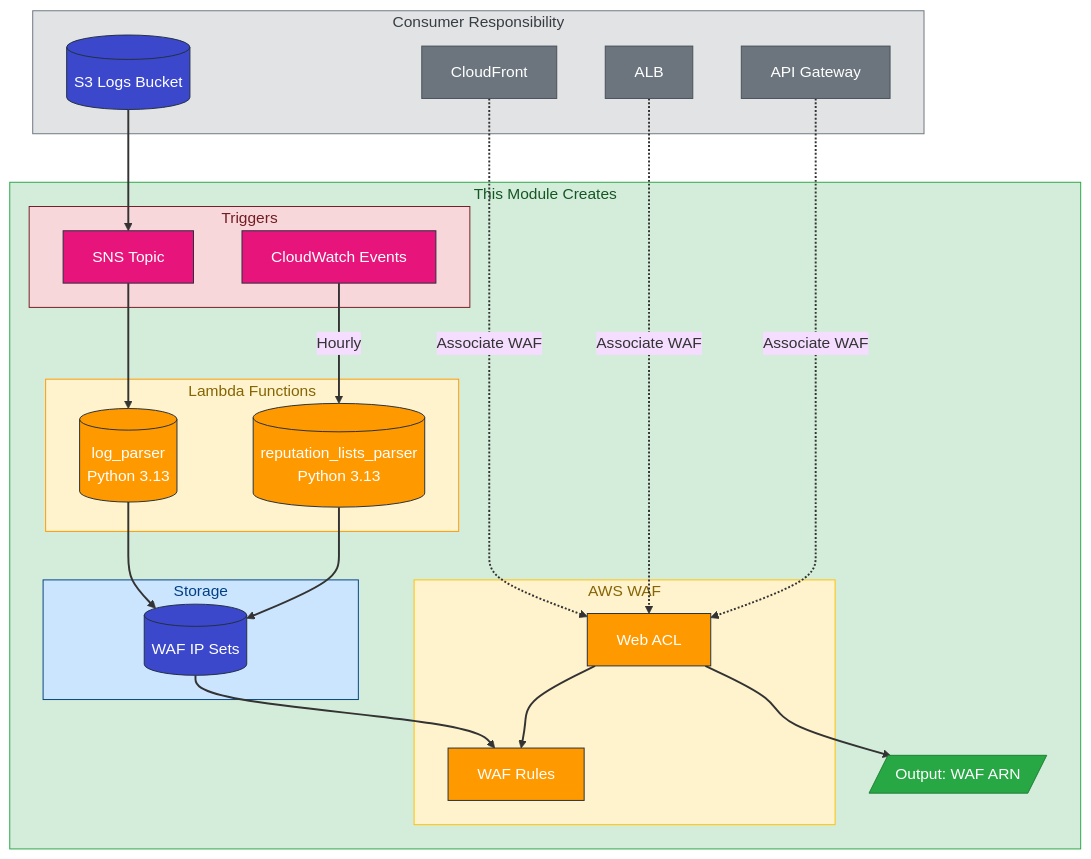
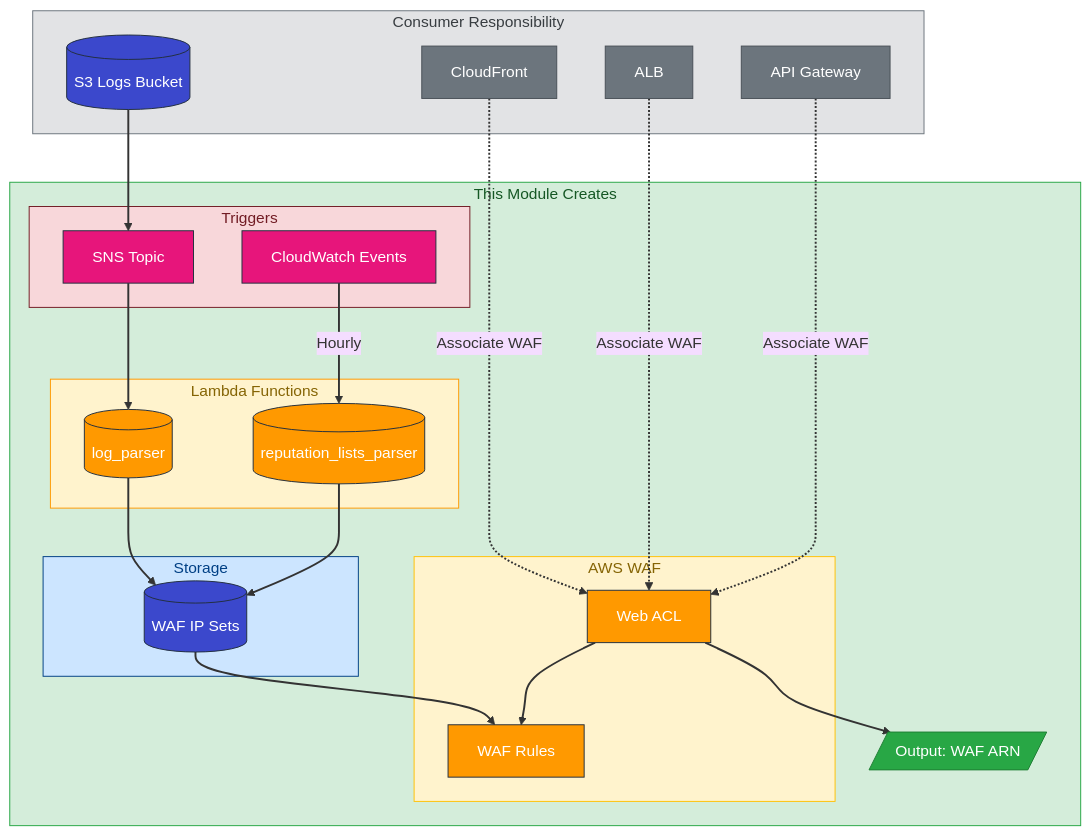
One commit to datastreamapp/terraform-waf-module changed the second of 3 diagrams in README.md. Above: the diagram before and after it, drawn with Mermaid (base theme). The commit also changed other lines of this file and 2 other files, not shown here.

First line of the commit message:
docs: update CI/CD pipeline diagrams to show complete flow

````diff
--- a/README.md
+++ b/README.md
@@ -200,65 +200,65 @@
 ```mermaid
 flowchart TB
     subgraph Module["This Module Creates"]
         subgraph WAF["AWS WAF"]
             ACL[Web ACL]
             Rules[WAF Rules]
         end
 
         subgraph Lambda["Lambda Functions"]
-            LP[("log_parser<br/>Python 3.13")]
-            RP[("reputation_lists_parser<br/>Python 3.13")]
+            LP[("log_parser")]
+            RP[("reputation_lists_parser")]
         end
 
         subgraph Storage["Storage"]
             IPSet[(WAF IP Sets)]
         end
 
         subgraph Triggers["Triggers"]
             SNS[SNS Topic]
             CW[CloudWatch Events]
         end
 
         Output[/"Output: WAF ARN"/]
     end
 
     subgraph External["Consumer Responsibility"]
         S3[(S3 Logs Bucket)]
         CF[CloudFront]
         ALB[ALB]
         APIGW[API Gateway]
     end
 
     CF & ALB & APIGW -.->|"Associate WAF"| ACL
     ACL --> Rules
     S3 --> SNS
     SNS --> LP
     LP --> IPSet
     CW -->|Hourly| RP
     RP --> IPSet
     IPSet --> Rules
     ACL --> Output
 
     style Module fill:#d4edda,stroke:#28a745,color:#155724
     style External fill:#e2e3e5,stroke:#6c757d,color:#383d41
     style WAF fill:#fff3cd,stroke:#ffc107,color:#856404
     style Lambda fill:#fff3cd,stroke:#FF9900,color:#856404
     style Storage fill:#cce5ff,stroke:#004085,color:#004085
     style Triggers fill:#f8d7da,stroke:#721c24,color:#721c24
 
     classDef wafNode fill:#FF9900,stroke:#232F3E,color:white
     classDef lambdaNode fill:#FF9900,stroke:#232F3E,color:white
     classDef storageNode fill:#3B48CC,stroke:#232F3E,color:white
     classDef triggerNode fill:#E7157B,stroke:#232F3E,color:white
     classDef externalNode fill:#6c757d,stroke:#495057,color:white
     classDef outputNode fill:#28a745,stroke:#1e7e34,color:white
 
     class ACL,Rules wafNode
     class LP,RP lambdaNode
     class IPSet,S3 storageNode
     class SNS,CW triggerNode
     class CF,ALB,APIGW externalNode
     class Output outputNode
 
     linkStyle default stroke:#333,stroke-width:2px
 ```
````
